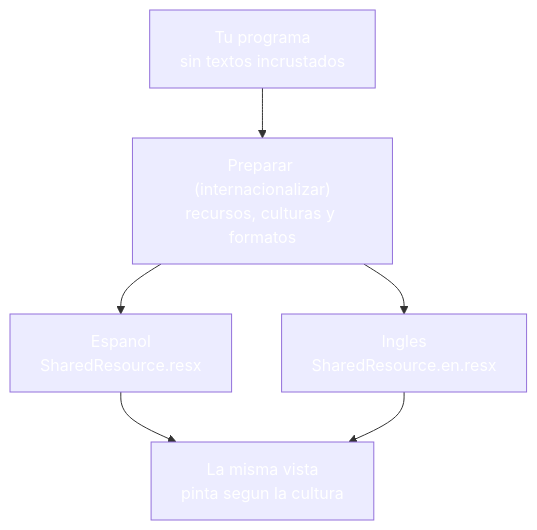
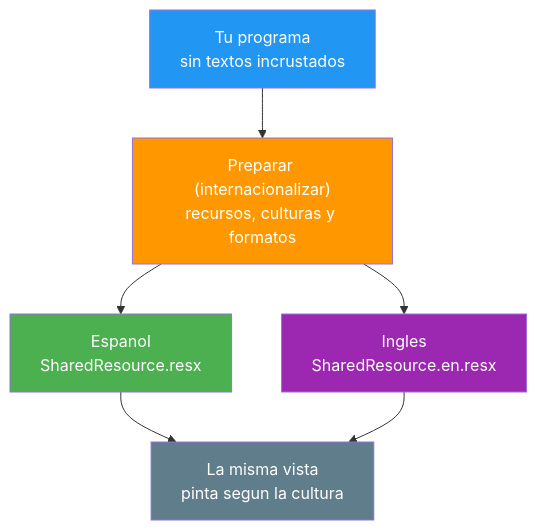
One commit to joseluisgs/DesarrolloWebEntornosServidor-03-2026-2027 changed the first of 5 diagrams in 22-i18n-localizacion.md. Above: the diagram before and after it, drawn with Mermaid. The commit also changed other lines of this file and 25 other files, not shown here.

Commit message:
docs: corregir los estilos Mermaid de los temas y alinear el dominio del tema 25 con ProductosApp

````diff
--- a/22-i18n-localizacion.md
+++ b/22-i18n-localizacion.md
@@ -50,13 +50,13 @@
 ```mermaid
 graph TD
     I["Tu programa<br/>sin textos incrustados"] --> P["Preparar (internacionalizar)<br/>recursos, culturas y formatos"]
     P --> E["Espanol<br/>SharedResource.resx"]
     P --> N["Ingles<br/>SharedResource.en.resx"]
     E --> V["La misma vista<br/>pinta segun la cultura"]
     N --> V
-    style I fill:#2196F,color:#fff3,color:#fff
-    style P fill:#FF980,color:#fff0,color:#fff
-    style E fill:#4CAF5,color:#fff0,color:#fff
-    style N fill:#9C27B,color:#fff0,color:#fff
-    style V fill:#607D8,color:#fffB,color:#fff
+    style I fill:#2196F3,color:#fff
+    style P fill:#FF9800,color:#fff
+    style E fill:#4CAF50,color:#fff
+    style N fill:#9C27B0,color:#fff
+    style V fill:#607D8B,color:#fff
 ```
````
